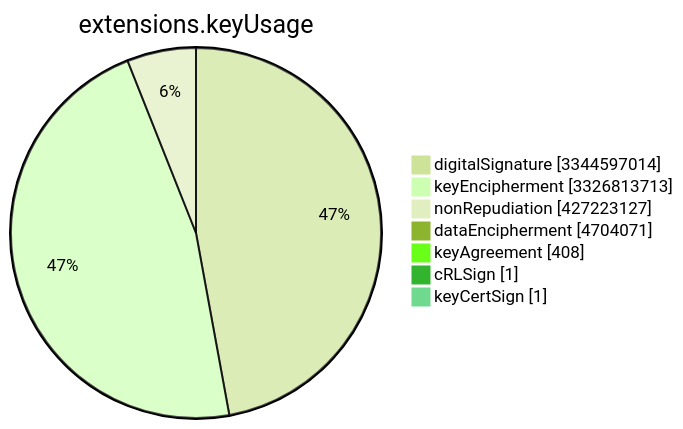
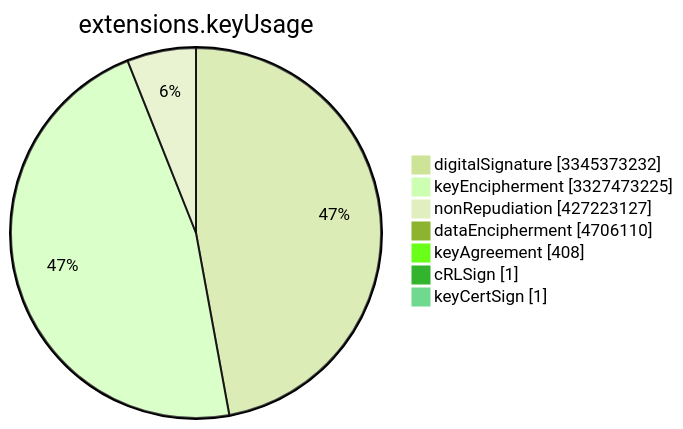
The sixth of 15 diagrams in TOTAL/README.md (christiankrug/ctmonitor_visualization), drawn with Mermaid (forest theme) before and after one commit. The commit also changed other lines of this file, not shown here.

````diff
--- a/TOTAL/README.md
+++ b/TOTAL/README.md
@@ -3079,11 +3079,11 @@
 ```mermaid
 pie showData
 title extensions.keyUsage
-"digitalSignature" :3344597014
-"keyEncipherment" :3326813713
+"digitalSignature" :3345373232
+"keyEncipherment" :3327473225
 "nonRepudiation" :427223127
-"dataEncipherment" :4704071
+"dataEncipherment" :4706110
 "keyAgreement" :408
 "cRLSign" :1
 "keyCertSign" :1
 ```
````
